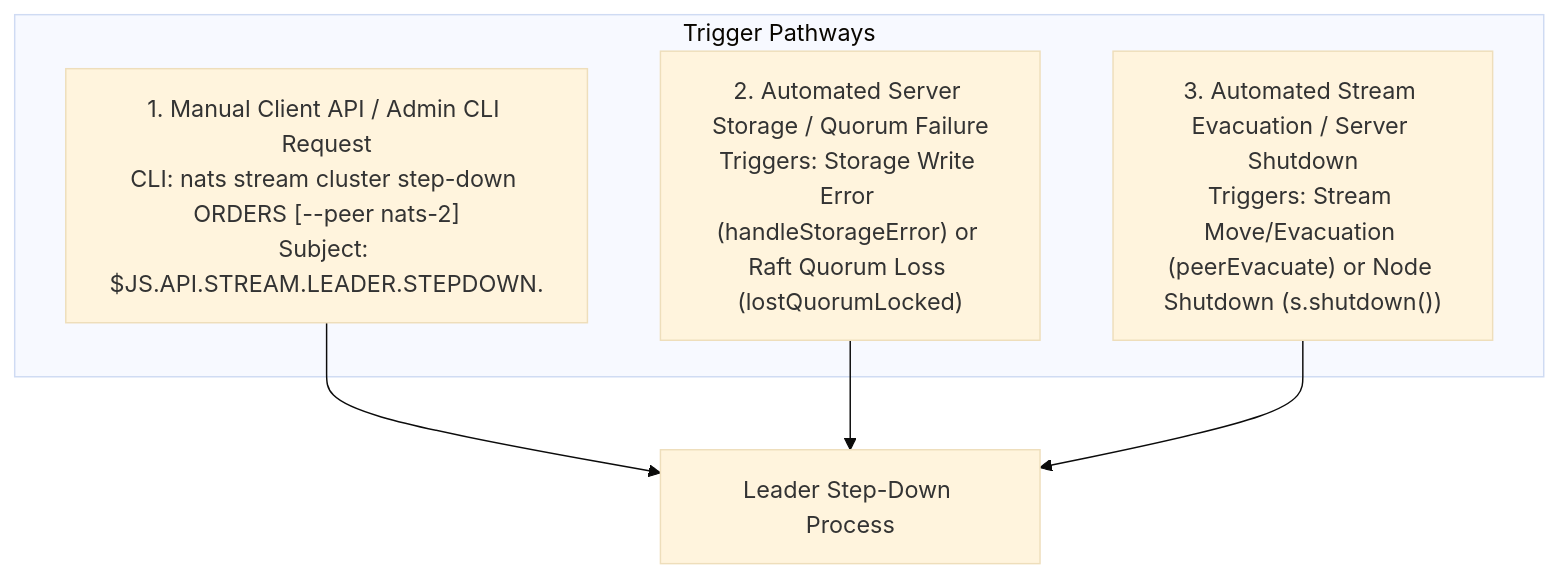
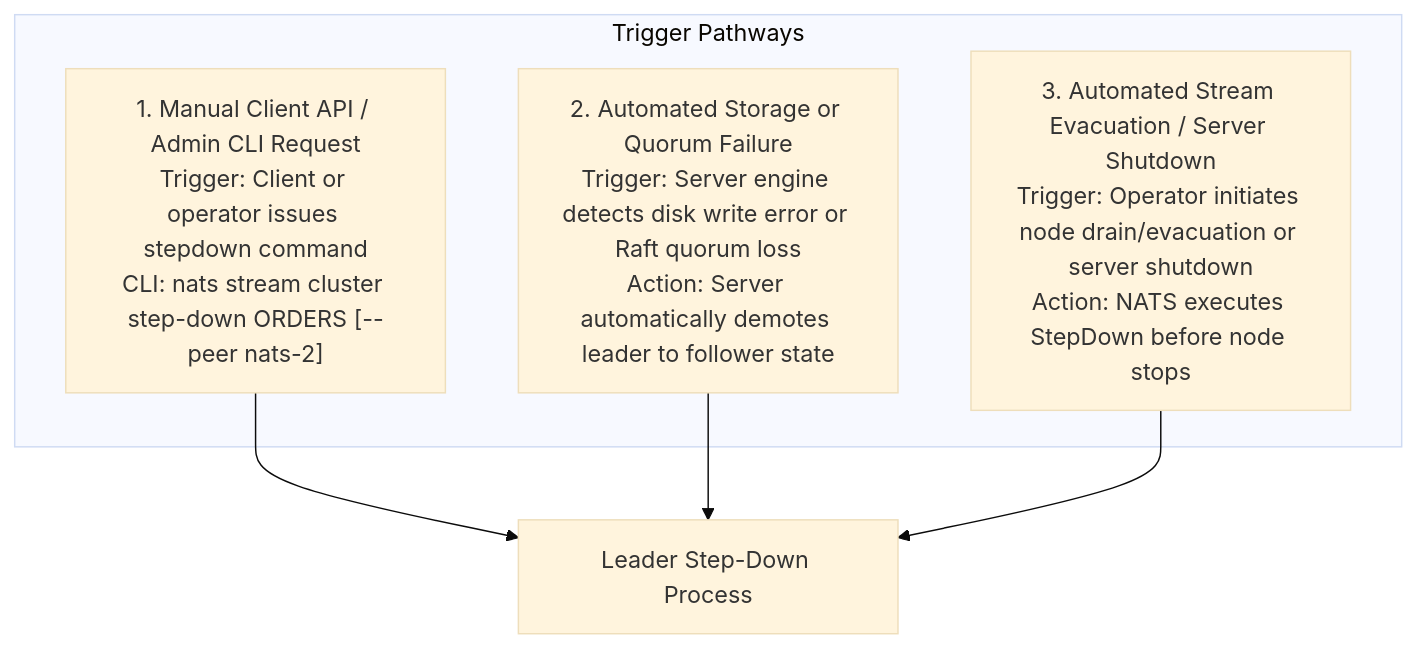
The first of 2 diagrams in supporting_documentation/streams/lifecycle/cluster-operations/leader-stepdown.md (hemanthkumar2k19/nats-eval), drawn with Mermaid (base theme) before and after one commit. The commit also changed other lines of this file and 2 other files, not shown here.

Commit message:
docs: update write path architecture documentation with Mermaid diagrams and trigger pathways

````diff
--- a/supporting_documentation/streams/lifecycle/cluster-operations/leader-stepdown.md
+++ b/supporting_documentation/streams/lifecycle/cluster-operations/leader-stepdown.md
@@ -11,12 +11,12 @@
 ```mermaid
 flowchart TD
     subgraph Triggers["Trigger Pathways"]
-        T1["1. Manual Client API / Admin CLI Request\nCLI: nats stream cluster step-down ORDERS [--peer nats-2]\nSubject: $JS.API.STREAM.LEADER.STEPDOWN.<stream>"]
-        T2["2. Automated Server Storage / Quorum Failure\nTriggers: Storage Write Error (handleStorageError) or Raft Quorum Loss (lostQuorumLocked)"]
-        T3["3. Automated Stream Evacuation / Server Shutdown\nTriggers: Stream Move/Evacuation (peerEvacuate) or Node Shutdown (s.shutdown())"]
+        T1["1. Manual Client API / Admin CLI Request\nTrigger: Client or operator issues stepdown command\nCLI: nats stream cluster step-down ORDERS [--peer nats-2]"]
+        T2["2. Automated Storage or Quorum Failure\nTrigger: Server engine detects disk write error or Raft quorum loss\nAction: Server automatically demotes leader to follower state"]
+        T3["3. Automated Stream Evacuation / Server Shutdown\nTrigger: Operator initiates node drain/evacuation or server shutdown\nAction: NATS executes StepDown before node stops"]
     end
 
     T1 --> Process["Leader Step-Down Process"]
     T2 --> Process
     T3 --> Process
 ```
````
